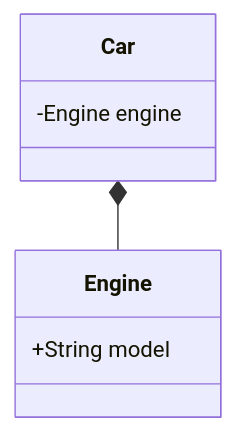
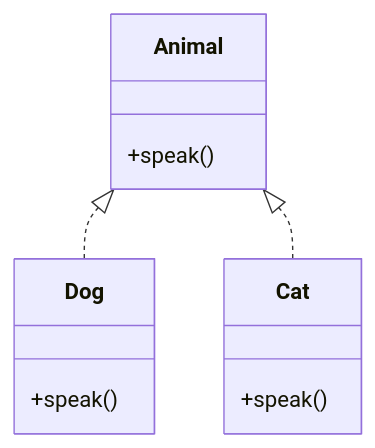
The second of 2 diagrams in src/site/notes/hello.md (sl4shuur/obs-notes-digitalgarden), drawn with Mermaid before and after one commit. The commit also changed other lines of this file, not shown here.

````diff
--- a/src/site/notes/hello.md
+++ b/src/site/notes/hello.md
@@ -10,11 +54,15 @@
 ```mermaid
 classDiagram
-    Car *-- Engine
+    Animal <|.. Dog
+    Animal <|.. Cat
 
-    class Engine{
-        +String model
+    class Animal{
+        +speak()
     }
-    class Car{
-        -Engine engine
+    class Dog{
+        +speak()
+    }
+    class Cat{
+        +speak()
     }
 ```
````
